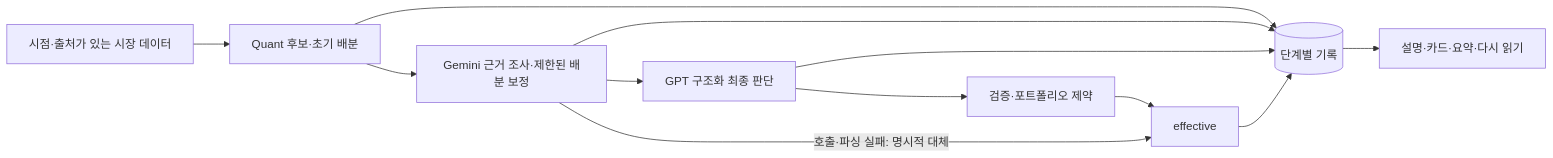
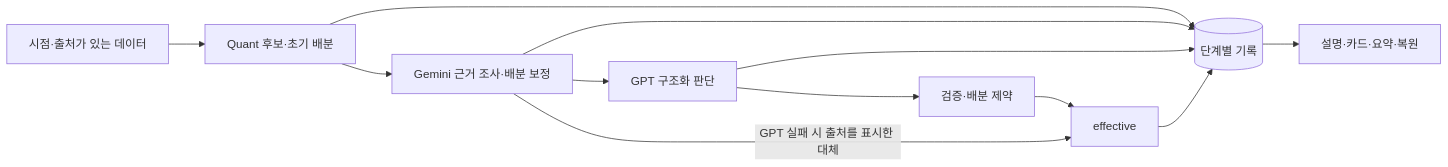
Before and after one commit to petruslihm/ai-investment-research: the diagram in README.md, drawn with Mermaid. The commit also changed other lines of this file and 10 other files, not shown here.

````diff
--- a/README.md
+++ b/README.md
@@ -33,14 +42,14 @@
 ```mermaid
 flowchart LR
-    D[시점·출처가 있는 시장 데이터] --> Q[Quant 후보·초기 배분]
-    Q --> R[Gemini 근거 조사·제한된 배분 보정]
-    R --> G[GPT 구조화 최종 판단]
-    G --> V[검증·포트폴리오 제약]
+    D[시점·출처가 있는 데이터] --> Q[Quant 후보·초기 배분]
+    Q --> R[Gemini 근거 조사·배분 보정]
+    R --> G[GPT 구조화 판단]
+    G --> V[검증·배분 제약]
     V --> E[effective]
-    R -->|호출·파싱 실패: 명시적 대체| E
+    R -->|GPT 실패 시 출처를 표시한 대체| E
     Q --> S[(단계별 기록)]
     R --> S
     G --> S
     E --> S
-    S --> U[설명·카드·요약·다시 읽기]
+    S --> U[설명·카드·요약·복원]
 ```
````
